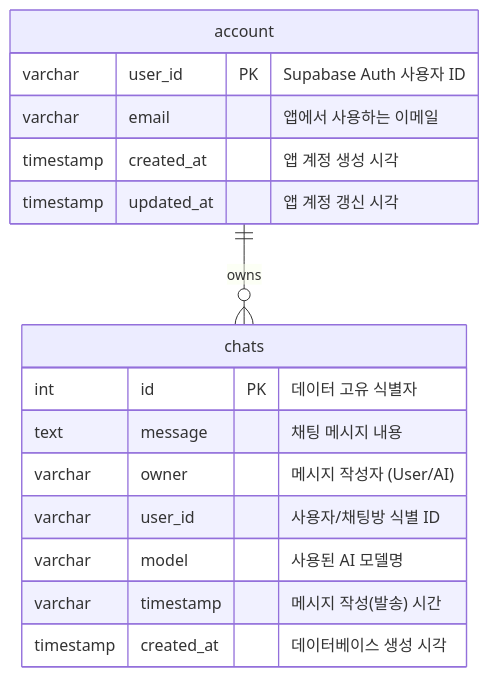
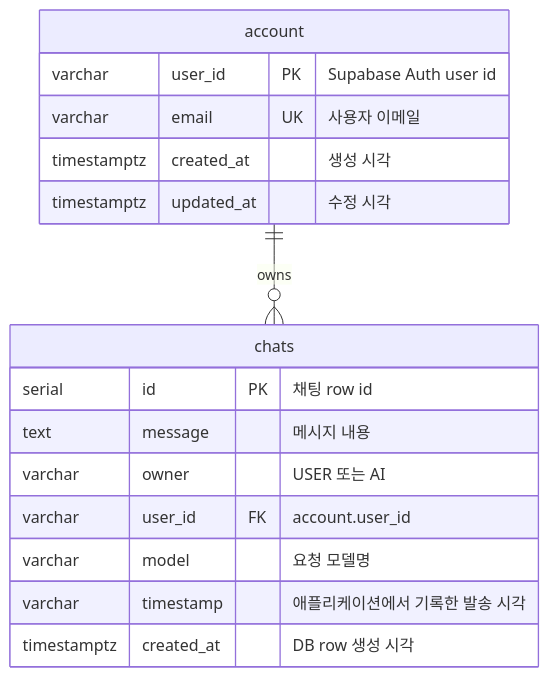
The diagram in docs/database/database_schema.md (AIBE7-Dev2gether/mini_project_chatBot), drawn with Mermaid before and after one commit. The commit also changed other lines of this file and 3 other files, not shown here.

````diff
--- a/docs/database/database_schema.md
+++ b/docs/database/database_schema.md
@@ -8,19 +7,21 @@
 ```mermaid
 erDiagram
     account {
-        varchar user_id PK "Supabase Auth 사용자 ID"
-        varchar email "앱에서 사용하는 이메일"
-        timestamp created_at "앱 계정 생성 시각"
-        timestamp updated_at "앱 계정 갱신 시각"
+        varchar user_id PK "Supabase Auth user id"
+        varchar email UK "사용자 이메일"
+        timestamptz created_at "생성 시각"
+        timestamptz updated_at "수정 시각"
     }
+
     chats {
-        int id PK "데이터 고유 식별자"
-        text message "채팅 메시지 내용"
-        varchar owner "메시지 작성자 (User/AI)"
-        varchar user_id "사용자/채팅방 식별 ID"
-        varchar model "사용된 AI 모델명"
-        varchar timestamp "메시지 작성(발송) 시간"
-        timestamp created_at "데이터베이스 생성 시각"
+        serial id PK "채팅 row id"
+        text message "메시지 내용"
+        varchar owner "USER 또는 AI"
+        varchar user_id FK "account.user_id"
+        varchar model "요청 모델명"
+        varchar timestamp "애플리케이션에서 기록한 발송 시각"
+        timestamptz created_at "DB row 생성 시각"
     }
+
     account ||--o{ chats : owns
 ```
````
